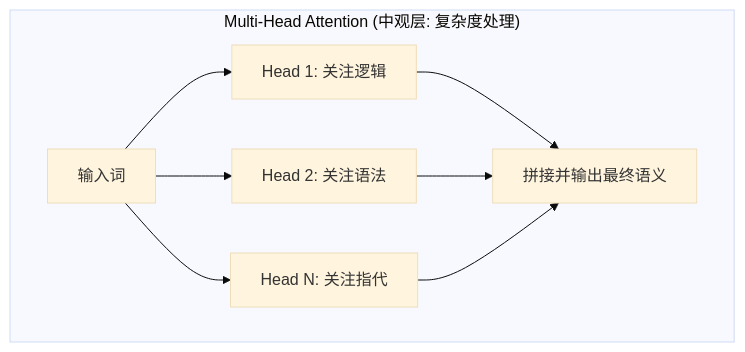
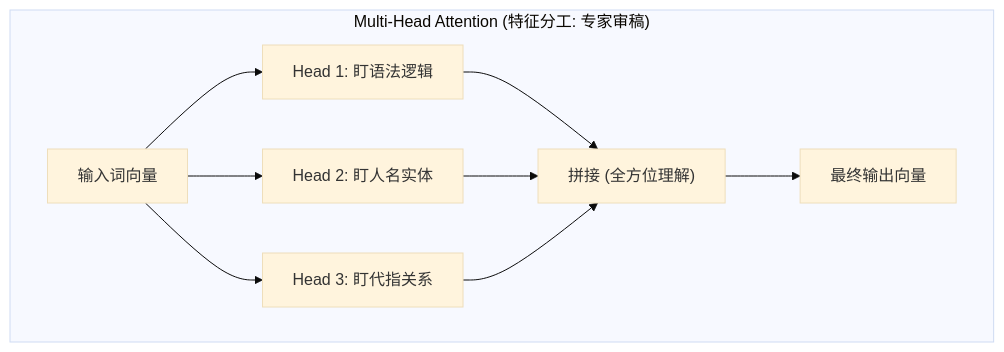
The tenth of 41 diagrams in doc/AI_Knowledge_Roadmap.md (wangchong2023/ai-learning), drawn with Mermaid (base theme) before and after one commit. The commit also changed other lines of this file, not shown here.

Commit message:
docs: update learning resources and structure in AI Knowledge Roadmap

````diff
--- a/doc/AI_Knowledge_Roadmap.md
+++ b/doc/AI_Knowledge_Roadmap.md
@@ -434,9 +370,10 @@
 ```mermaid
 graph TD
-    subgraph MultiHead ["Multi-Head Attention (中观层: 复杂度处理)"]
-        Input["输入词"] --> Head1["Head 1: 关注逻辑"]
-        Input --> Head2["Head 2: 关注语法"]
-        Input --> HeadN["Head N: 关注指代"]
-        Head1 & Head2 & HeadN --> Concat["拼接并输出最终语义"]
+    subgraph MultiHead ["Multi-Head Attention (特征分工: 专家审稿)"]
+        Input["输入词向量"] --> H1["Head 1: 盯语法逻辑"]
+        Input --> H2["Head 2: 盯人名实体"]
+        Input --> H3["Head 3: 盯代指关系"]
+        H1 & H2 & H3 --> Concat["拼接 (全方位理解)"]
+        Concat --> Output["最终输出向量"]
     end
 ```
````
